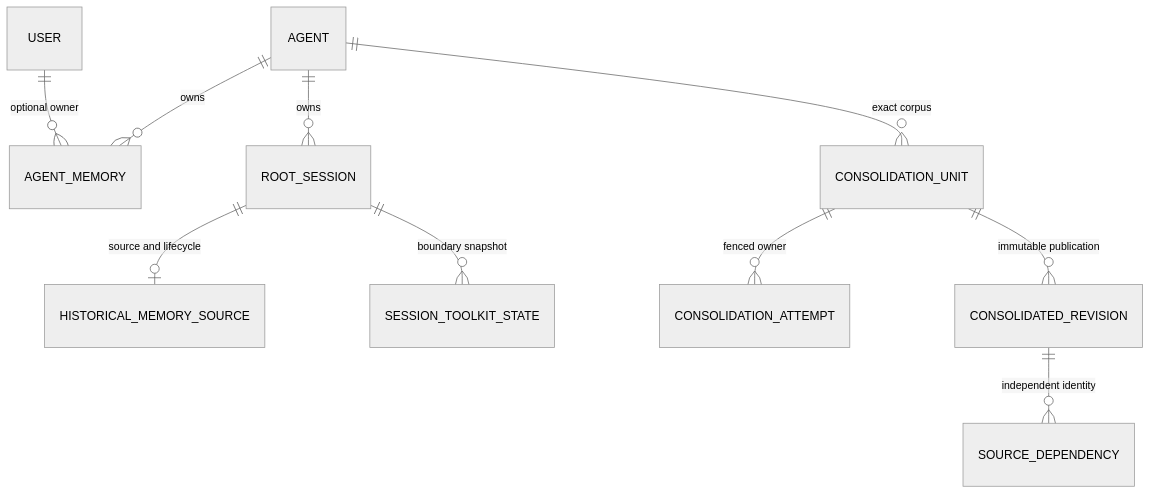
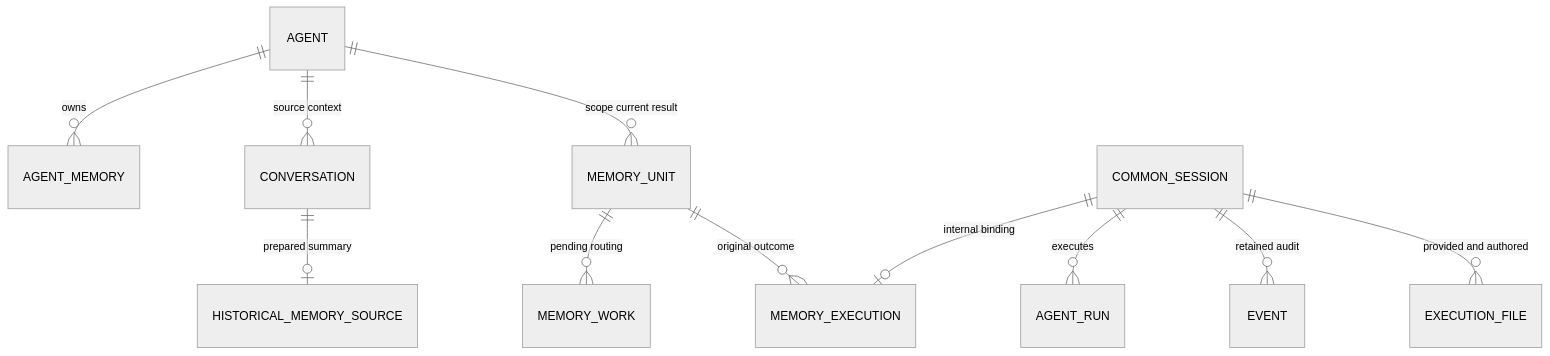
The diagram in docs/azents/spec/domain/memory.md (azents/azents), drawn with Mermaid (neutral theme) before and after one commit. The commit also changed other lines of this file and 153 other files, not shown here.

Commit message:
feat(memory): run explicit summary submission on common sessions

````diff
--- a/docs/azents/spec/domain/memory.md
+++ b/docs/azents/spec/domain/memory.md
@@ -143,12 +143,13 @@
 ```mermaid
 erDiagram
     AGENT ||--o{ AGENT_MEMORY : owns
-    USER ||--o{ AGENT_MEMORY : "optional owner"
-    AGENT ||--o{ ROOT_SESSION : owns
-    ROOT_SESSION ||--o| HISTORICAL_MEMORY_SOURCE : "source and lifecycle"
-    ROOT_SESSION ||--o{ SESSION_TOOLKIT_STATE : "boundary snapshot"
-    AGENT ||--o{ CONSOLIDATION_UNIT : "exact corpus"
-    CONSOLIDATION_UNIT ||--o{ CONSOLIDATION_ATTEMPT : "fenced owner"
-    CONSOLIDATION_UNIT ||--o{ CONSOLIDATED_REVISION : "immutable publication"
-    CONSOLIDATED_REVISION ||--o{ SOURCE_DEPENDENCY : "independent identity"
+    AGENT ||--o{ CONVERSATION : "source context"
+    CONVERSATION ||--o| HISTORICAL_MEMORY_SOURCE : "prepared summary"
+    AGENT ||--o{ MEMORY_UNIT : "scope current result"
+    MEMORY_UNIT ||--o{ MEMORY_WORK : "pending routing"
+    MEMORY_UNIT ||--o{ MEMORY_EXECUTION : "original outcome"
+    COMMON_SESSION ||--o| MEMORY_EXECUTION : "internal binding"
+    COMMON_SESSION ||--o{ AGENT_RUN : executes
+    COMMON_SESSION ||--o{ EVENT : "retained audit"
+    COMMON_SESSION ||--o{ EXECUTION_FILE : "provided and authored"
 ```
````
